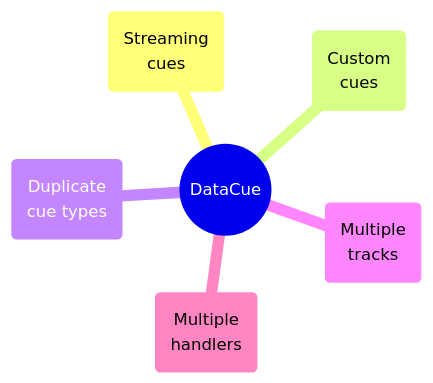
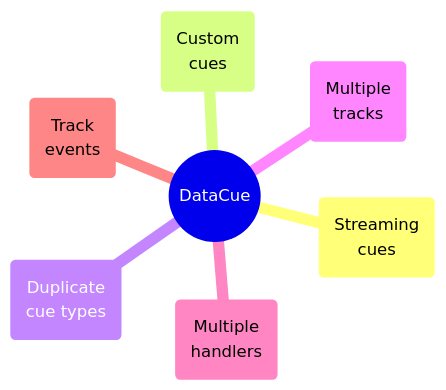
One commit to webvmt/vmt-sync-examples changed the second of 2 diagrams in README.md. Above: the diagram before and after it, drawn with Mermaid. The commit also changed other lines of this file and 20 other files, not shown here.

First line of the commit message:
Added track events examples

````diff
--- a/README.md
+++ b/README.md
@@ -53,14 +53,16 @@
 ```mermaid
 mindmap
 ((DataCue))
   A("Streaming
 cues")
   B("Custom
 cues")
   C("Duplicate
 cue types")
   D("Multiple
 tracks")
   E("Multiple
 handlers")
+  F("Track
+events")
 ```
````
